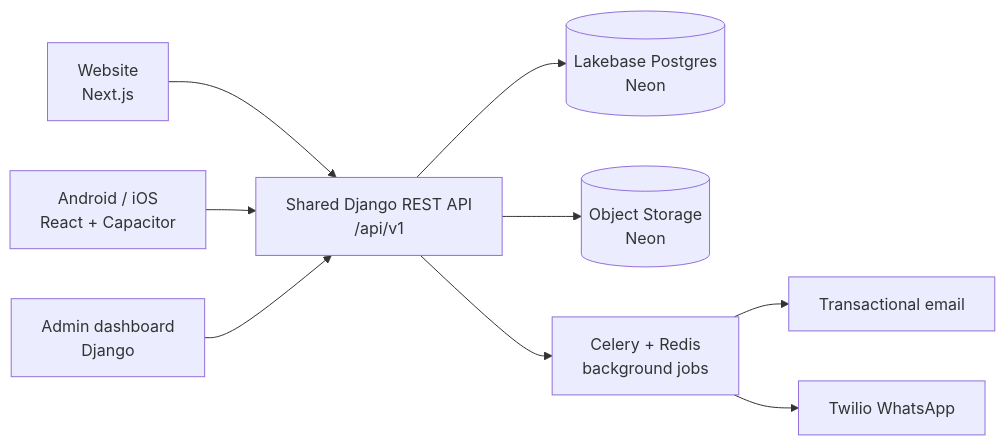
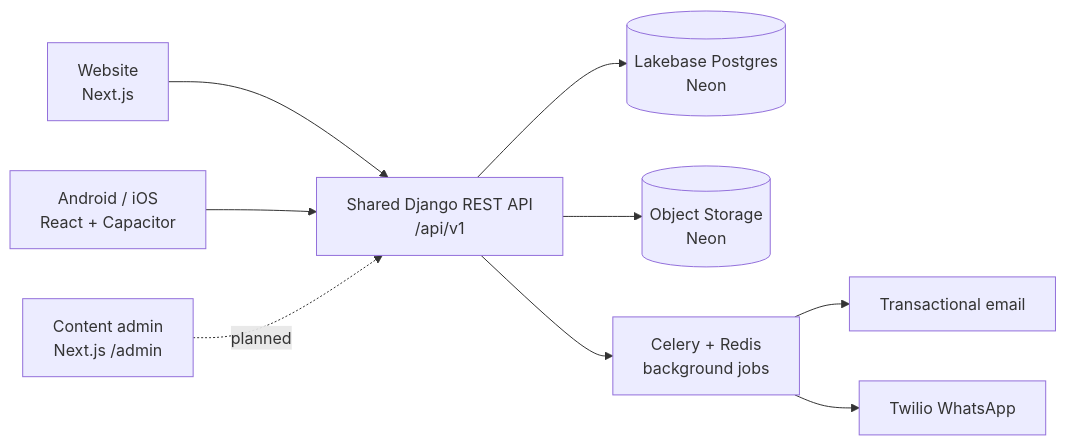
One commit to NHasan143/driveo-creative changed the first of 4 diagrams in README.md. Above: the diagram before and after it, drawn with Mermaid. The commit also changed other lines of this file and 72 other files, not shown here.

Commit message:
feat: add comprehensive admin frontend with content management and dashboard features

````diff
--- a/README.md
+++ b/README.md
@@ -113,11 +114,11 @@
 ```mermaid
 flowchart LR
     Web["Website<br/>Next.js"] --> API
     App["Android / iOS<br/>React + Capacitor"] --> API
-    Admin["Admin dashboard<br/>Django"] --> API
+    Admin["Content admin<br/>Next.js /admin"] -.->|planned| API
     API["Shared Django REST API<br/>/api/v1"] --> DB[("Lakebase Postgres<br/>Neon")]
     API --> Files[("Object Storage<br/>Neon")]
     API --> Queue["Celery + Redis<br/>background jobs"]
     Queue --> Email["Transactional email"]
     Queue --> WA["Twilio WhatsApp"]
 ```
````
